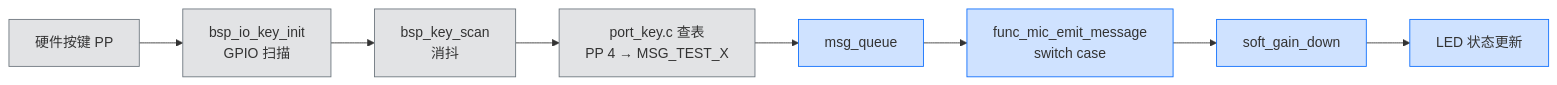
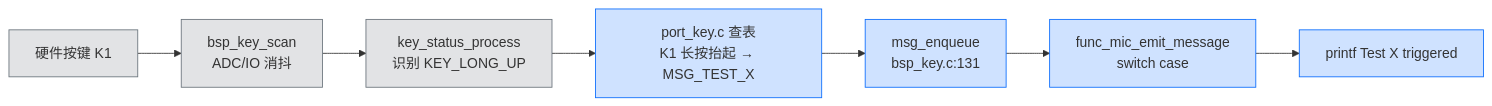
Diagram 18 of 21 in docs/SDK/AB5766_嵌入式固件SDK_架构导览.md (zglstudylinux/sdk_ab5766_le_mic2_v011_s8684), drawn with Mermaid before and after one commit. The commit also changed other lines of this file and 3 other files, not shown here.

First line of the commit message:
fix(key): 新增 MSG_TEST_X 按键消息并修复枚举值截断踩坑

````diff
--- a/docs/SDK/AB5766_嵌入式固件SDK_架构导览.md
+++ b/docs/SDK/AB5766_嵌入式固件SDK_架构导览.md
@@ -1304,15 +1320,14 @@
 ```mermaid
 flowchart LR
-    A[硬件按键 PP] --> B[bsp_io_key_init<br/>GPIO 扫描]
-    B --> C[bsp_key_scan<br/>消抖]
-    C --> D[port_key.c 查表<br/>PP 4 → MSG_TEST_X]
-    D --> E[msg_queue]
+    A[硬件按键 K1] --> B[bsp_key_scan<br/>ADC/IO 消抖]
+    B --> C[key_status_process<br/>识别 KEY_LONG_UP]
+    C --> D[port_key.c 查表<br/>K1 长按抬起 → MSG_TEST_X]
+    D --> E[msg_enqueue<br/>bsp_key.c:131]
     E --> F[func_mic_emit_message<br/>switch case]
-    F --> G[soft_gain_down]
-    G --> H[LED 状态更新]
+    F --> G[printf Test X triggered]
     classDef hw fill:#e2e3e5,stroke:#6c757d
     classDef bsp fill:#fff3cd,stroke:#ffc107
     classDef app fill:#cfe2ff,stroke:#0d6efd
-    class A,B,C,D hw
-    class E,F,G,H app
+    class A,B,C hw
+    class D,E,F,G app
 ```
````
